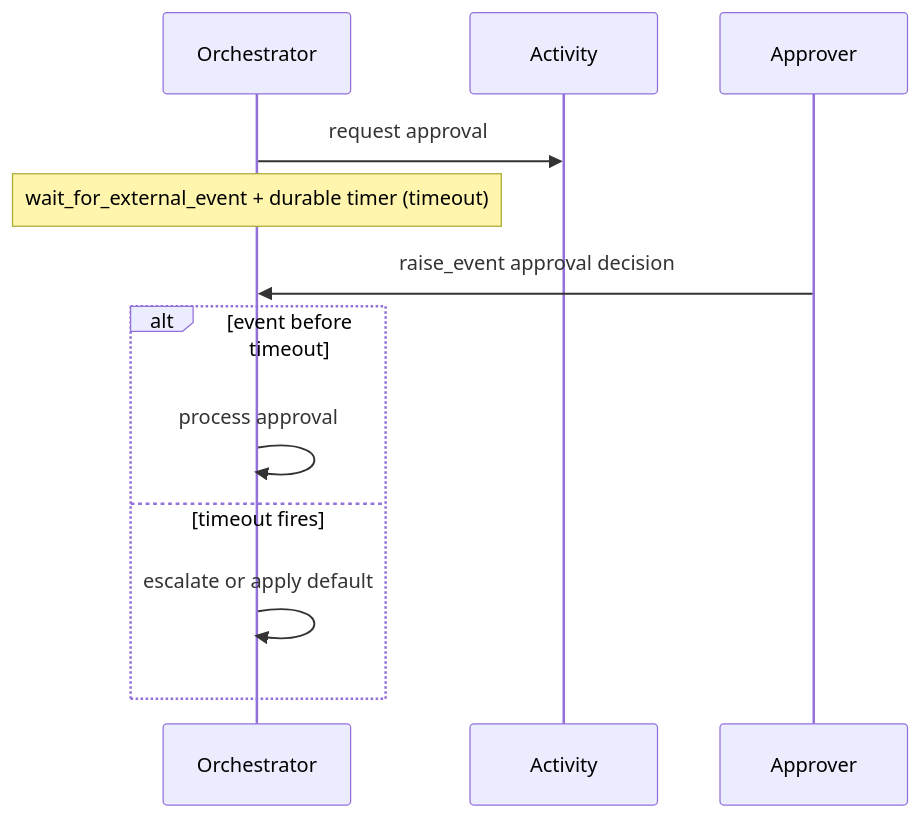
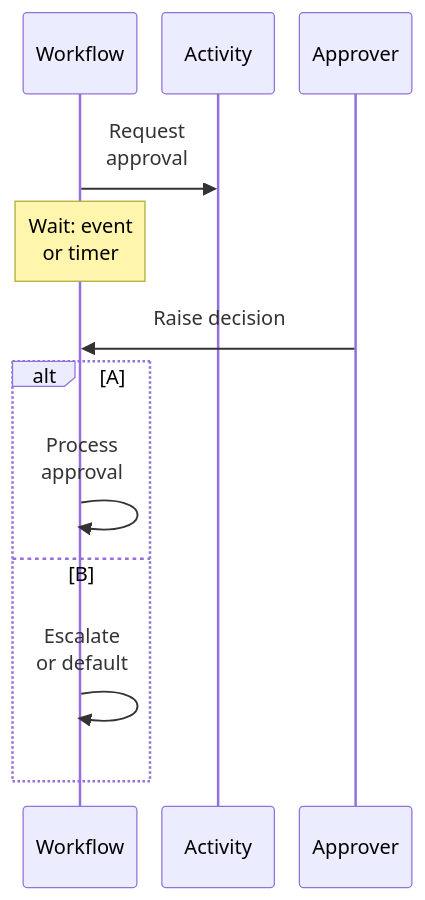
One commit to yeongseon/azure-functions-practical-guide changed the sixth of 6 diagrams in docs/platform/durable-functions.md. Above: the diagram before and after it, drawn with Mermaid. The commit also changed other lines of this file and 1 other file, not shown here.

First line of the commit message:
docs(diagrams): migrate Functions Durable Functions — durable functions (#422)

````diff
--- a/docs/platform/durable-functions.md
+++ b/docs/platform/durable-functions.md
@@ -194,14 +231,17 @@
 ```mermaid
+%%{init: {"sequence": {"width": 90, "actorMargin": 20, "diagramMarginX": 10, "wrap": false}}}%%
 sequenceDiagram
-    participant Orc as Orchestrator
+    accTitle: Human response or durable timeout
+    accDescr: An orchestrator requests approval through an activity and waits for an external event alongside a durable timer. It processes an approval arriving before timeout, or escalates or applies a default when the timer wins. Messages summarize logical API operations, not direct network calls to orchestrator code.
+    participant Orc as Workflow
     participant Act as Activity
     participant App as Approver
-    Orc->>Act: request approval
-    Note over Orc: wait_for_external_event + durable timer (timeout)
-    App->>Orc: raise_event approval decision
-    alt event before timeout
-        Orc->>Orc: process approval
-    else timeout fires
-        Orc->>Orc: escalate or apply default
+    Orc->>Act: Request<br/>approval
+    Note over Orc: Wait: event<br/>or timer
+    App->>Orc: Raise decision
+    alt A
+        Orc->>Orc: Process<br/>approval
+    else B
+        Orc->>Orc: Escalate<br/>or default
     end
 ```
````
